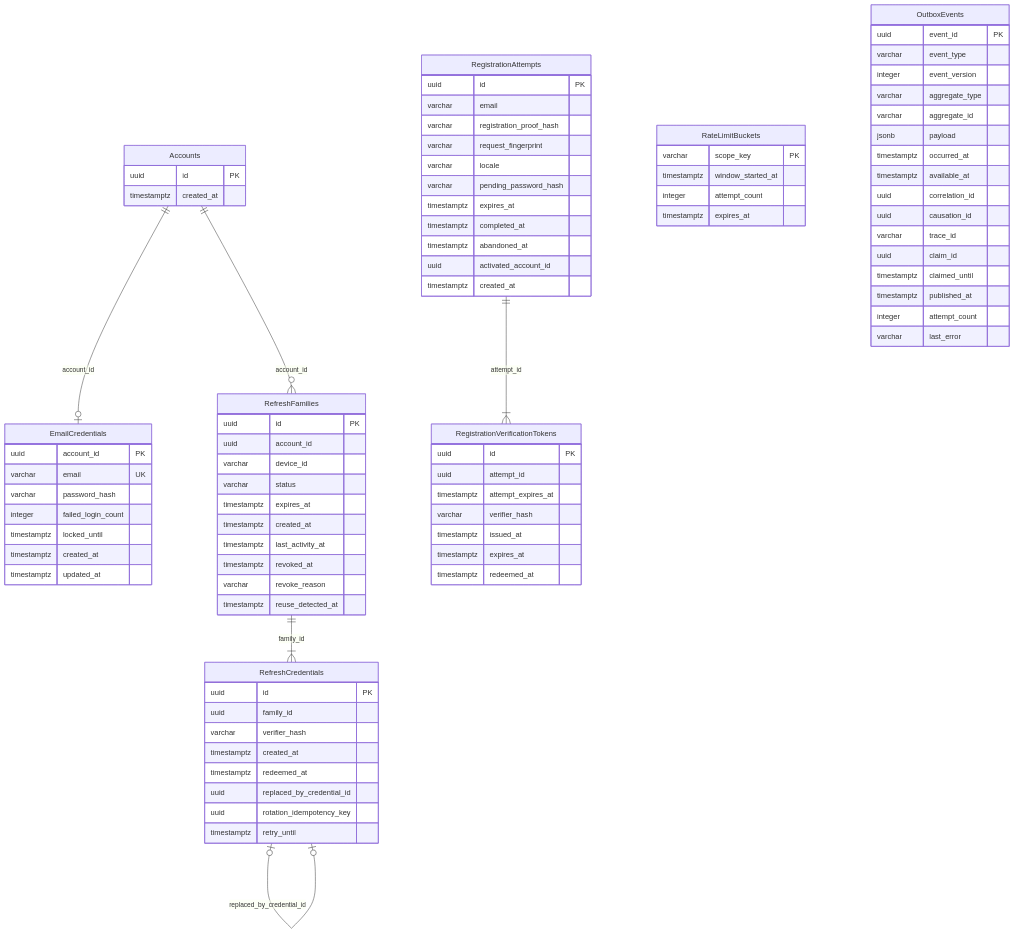
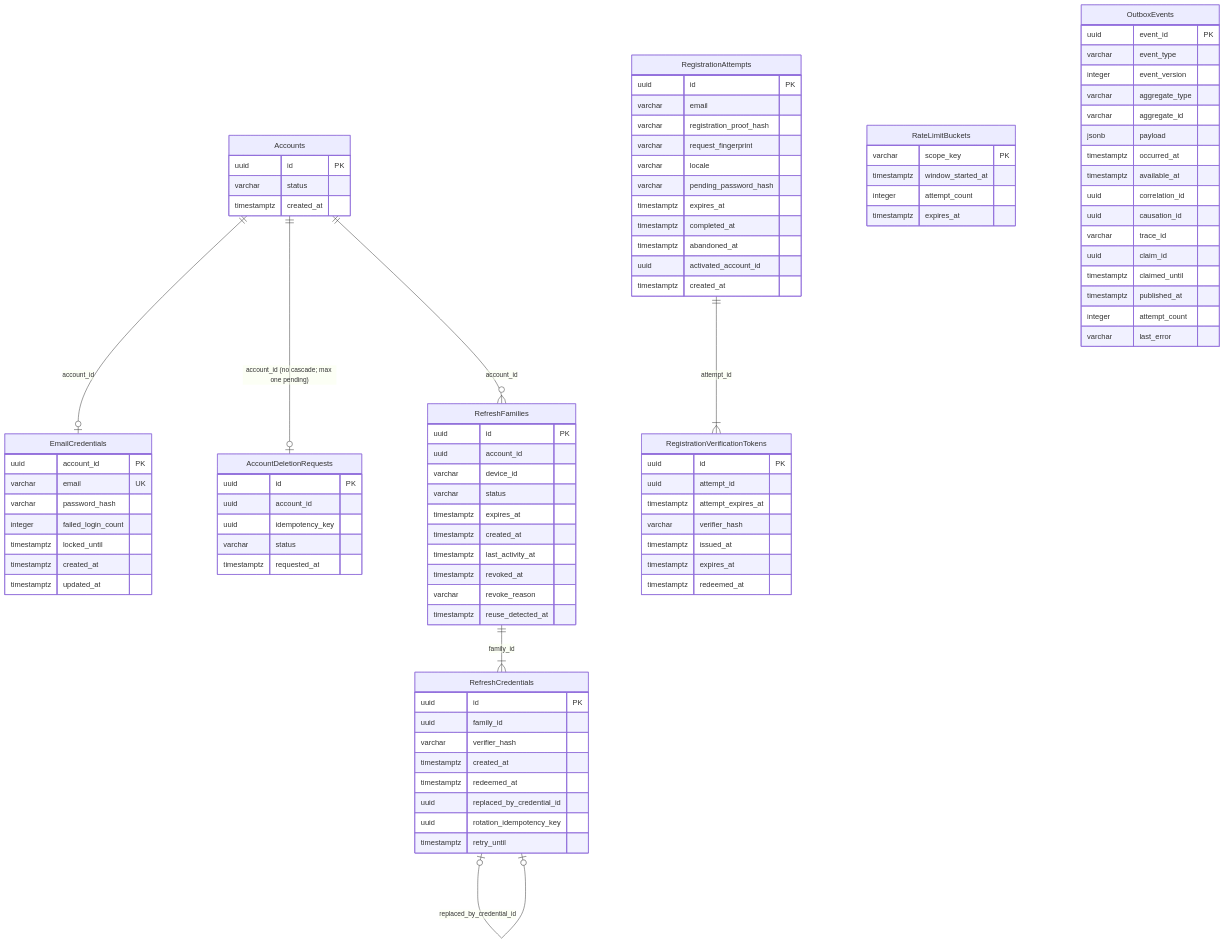
Before and after one commit to COOKieProjectTeam/cookie: the diagram in contracts/dbml/identity.mmd, drawn with Mermaid. The commit also changed 92 other files, not shown here.

First line of the commit message:
feat(identity): add deletion requests and production deployment

```diff
--- a/contracts/dbml/identity.mmd
+++ b/contracts/dbml/identity.mmd
@@ -1,97 +1,107 @@
 %% Identity Service schema — derived from identity.dbml
 %% Cross-service references are intentionally omitted.
 erDiagram
   Accounts {
     uuid id PK
+    varchar status
     timestamptz created_at
   }
 
   EmailCredentials {
     uuid account_id PK
     varchar email UK
     varchar password_hash
     integer failed_login_count
     timestamptz locked_until
     timestamptz created_at
     timestamptz updated_at
+  }
+
+  AccountDeletionRequests {
+    uuid id PK
+    uuid account_id
+    uuid idempotency_key
+    varchar status
+    timestamptz requested_at
   }
 
   RegistrationAttempts {
     uuid id PK
     varchar email
     varchar registration_proof_hash
     varchar request_fingerprint
     varchar locale
     varchar pending_password_hash
     timestamptz expires_at
     timestamptz completed_at
     timestamptz abandoned_at
     uuid activated_account_id
     timestamptz created_at
   }
 
   RegistrationVerificationTokens {
     uuid id PK
     uuid attempt_id
     timestamptz attempt_expires_at
     varchar verifier_hash
     timestamptz issued_at
     timestamptz expires_at
     timestamptz redeemed_at
   }
 
   RefreshFamilies {
     uuid id PK
     uuid account_id
     varchar device_id
     varchar status
     timestamptz expires_at
     timestamptz created_at
     timestamptz last_activity_at
     timestamptz revoked_at
     varchar revoke_reason
     timestamptz reuse_detected_at
   }
 
   RefreshCredentials {
     uuid id PK
     uuid family_id
     varchar verifier_hash
     timestamptz created_at
     timestamptz redeemed_at
     uuid replaced_by_credential_id
     uuid rotation_idempotency_key
     timestamptz retry_until
   }
 
   RateLimitBuckets {
     varchar scope_key PK
     timestamptz window_started_at
     integer attempt_count
     timestamptz expires_at
   }
 
   OutboxEvents {
     uuid event_id PK
     varchar event_type
     integer event_version
     varchar aggregate_type
     varchar aggregate_id
     jsonb payload
     timestamptz occurred_at
     timestamptz available_at
     uuid correlation_id
     uuid causation_id
     varchar trace_id
     uuid claim_id
     timestamptz claimed_until
     timestamptz published_at
     integer attempt_count
     varchar last_error
   }
 
   Accounts ||--o| EmailCredentials : "account_id"
+  Accounts ||--o| AccountDeletionRequests : "account_id (no cascade; max one pending)"
   RegistrationAttempts ||--|{ RegistrationVerificationTokens : "attempt_id"
   Accounts ||--o{ RefreshFamilies : "account_id"
   RefreshFamilies ||--|{ RefreshCredentials : "family_id"
   RefreshCredentials o|--o| RefreshCredentials : "replaced_by_credential_id"
```
